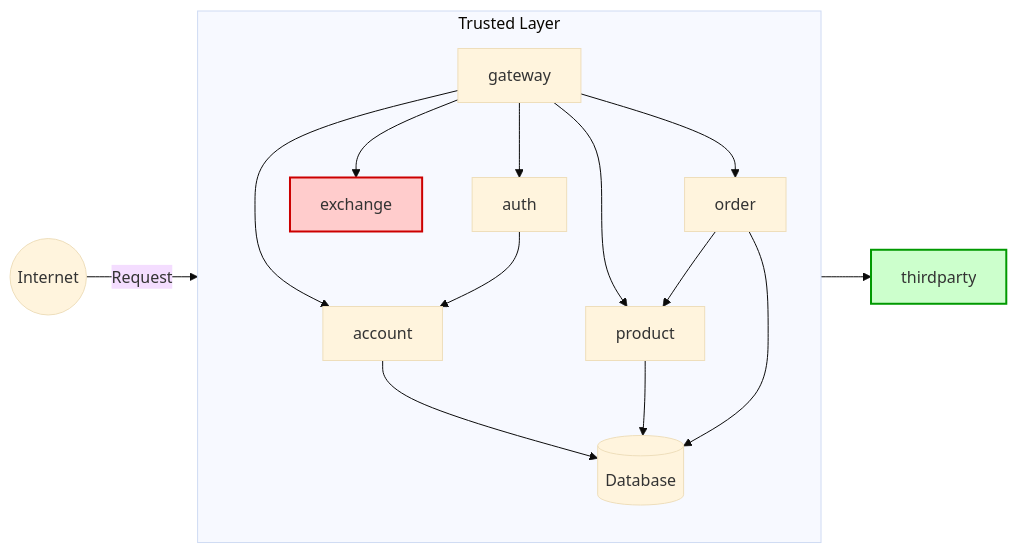
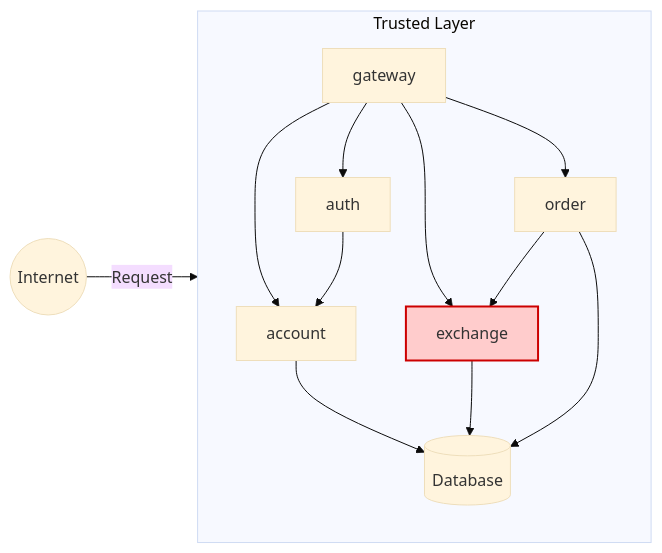
Before and after one commit to luabatepietro/pma_projeto: the diagram in docs/roteiro3/index.md, drawn with Mermaid (base theme). The commit also changed 2 other files, not shown here.

````diff
--- a/docs/roteiro3/index.md
+++ b/docs/roteiro3/index.md
@@ -9,24 +9,19 @@
 ```mermaid
 flowchart LR
     subgraph api [Trusted Layer]
         direction TB
         gateway --> account
         gateway --> auth
         account --> db[(Database)]
         auth --> account
         gateway --> exchange:::red
-        gateway --> product
         gateway --> order
-        product --> db
+        exchange --> db
         order --> db
-        order --> product
+        order --> exchange
     end
-
-    exchange --> thirdparty:::green
     internet((Internet)) -->|Request| gateway
 
     classDef red fill:#fcc,stroke:#c00,stroke-width:2px;
-    classDef green fill:#cfc,stroke:#090,stroke-width:2px;
 
-    click exchange "#endpoint" "Exchange API"
 ```
````
